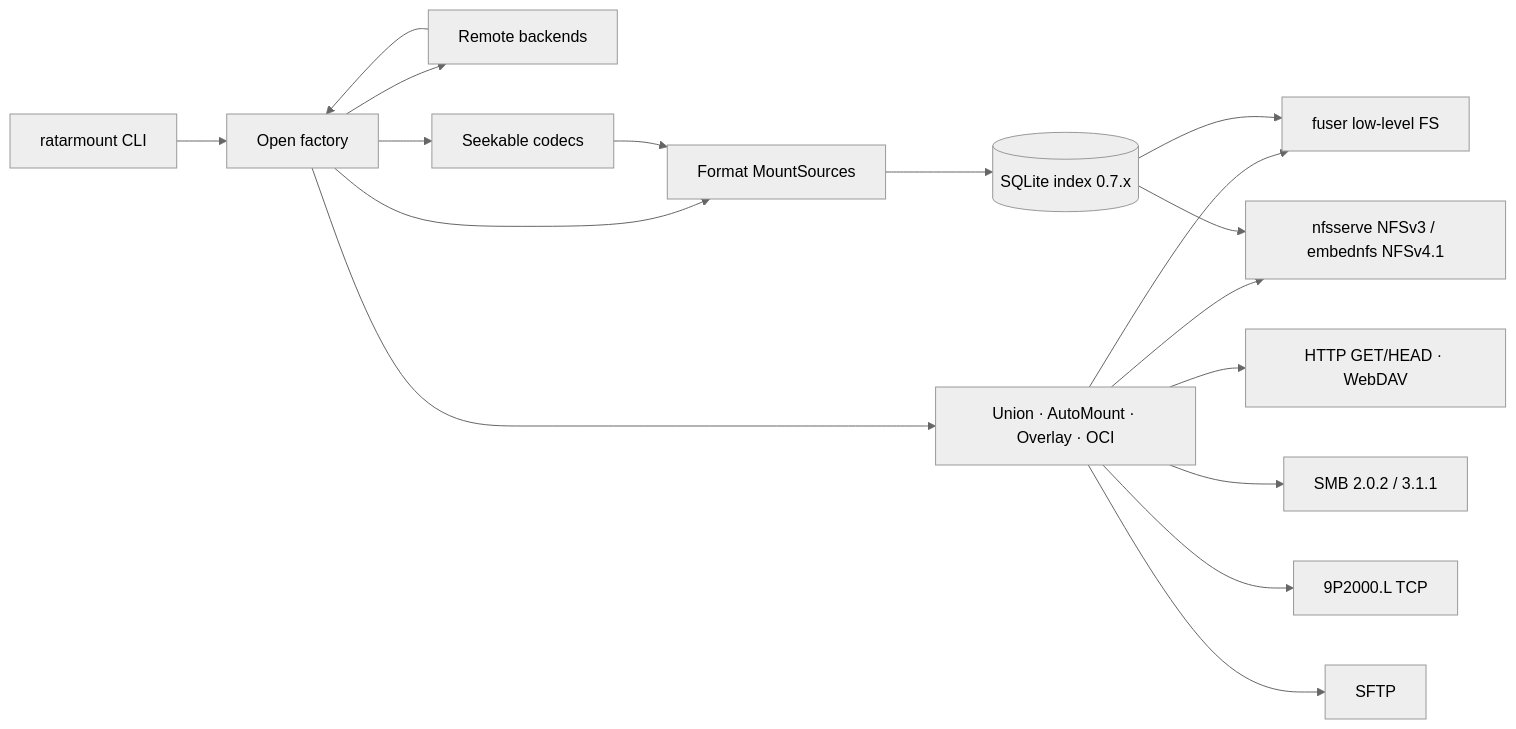
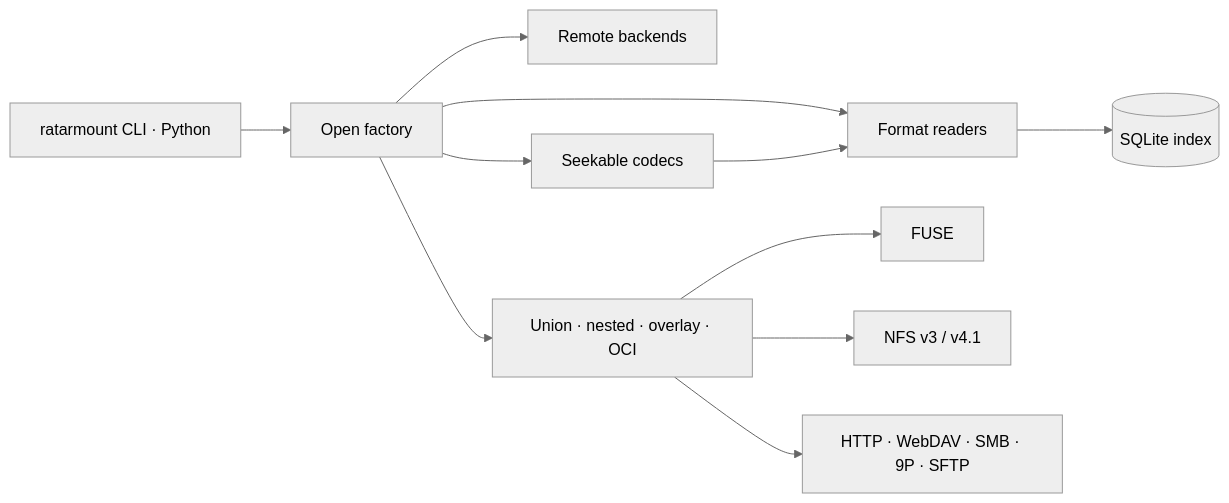
Before and after one commit to hilather/ratarmount-rs: the diagram in README.md, drawn with Mermaid (neutral theme). The commit also changed other lines of this file and 20 other files, not shown here.

````diff
--- a/README.md
+++ b/README.md
@@ -316,19 +328,13 @@
 ```mermaid
 flowchart LR
-  CLI[ratarmount CLI] --> Factory[Open factory]
+  CLI[ratarmount CLI · Python] --> Factory[Open factory]
   Factory --> Remote[Remote backends]
   Factory --> Compress[Seekable codecs]
-  Factory --> Formats[Format MountSources]
-  Factory --> Composite[Union · AutoMount · Overlay · OCI]
-  Formats --> Index[(SQLite index 0.7.x)]
-  Composite --> FUSE[fuser low-level FS]
-  Composite --> NFS[nfsserve NFSv3 / embednfs NFSv4.1]
-  Composite --> HTTP[HTTP GET/HEAD · WebDAV]
-  Composite --> SMB[SMB 2.0.2 / 3.1.1]
-  Composite --> NINE[9P2000.L TCP]
-  Composite --> SFTP[SFTP]
-  Index --> FUSE
-  Index --> NFS
+  Factory --> Formats[Format readers]
+  Factory --> Composite[Union · nested · overlay · OCI]
+  Formats --> Index[(SQLite index)]
+  Composite --> FUSE[FUSE]
+  Composite --> NFS[NFS v3 / v4.1]
+  Composite --> Exports[HTTP · WebDAV · SMB · 9P · SFTP]
   Compress --> Formats
-  Remote --> Factory
 ```
````
